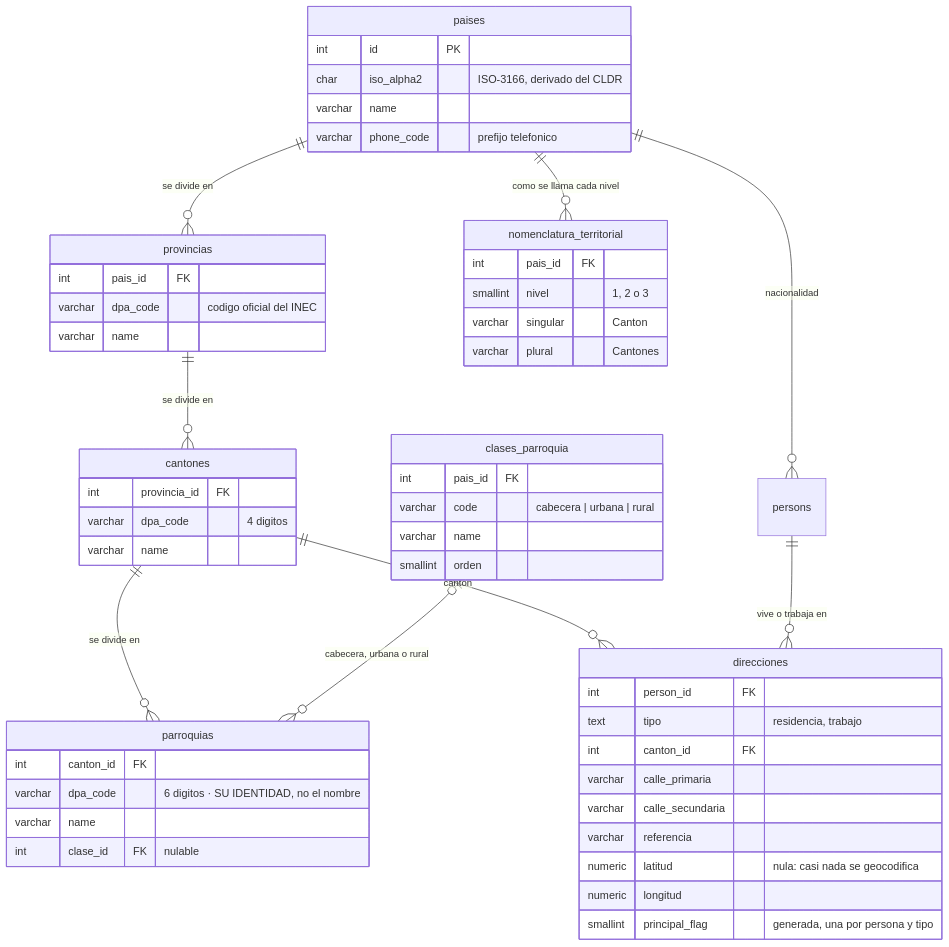
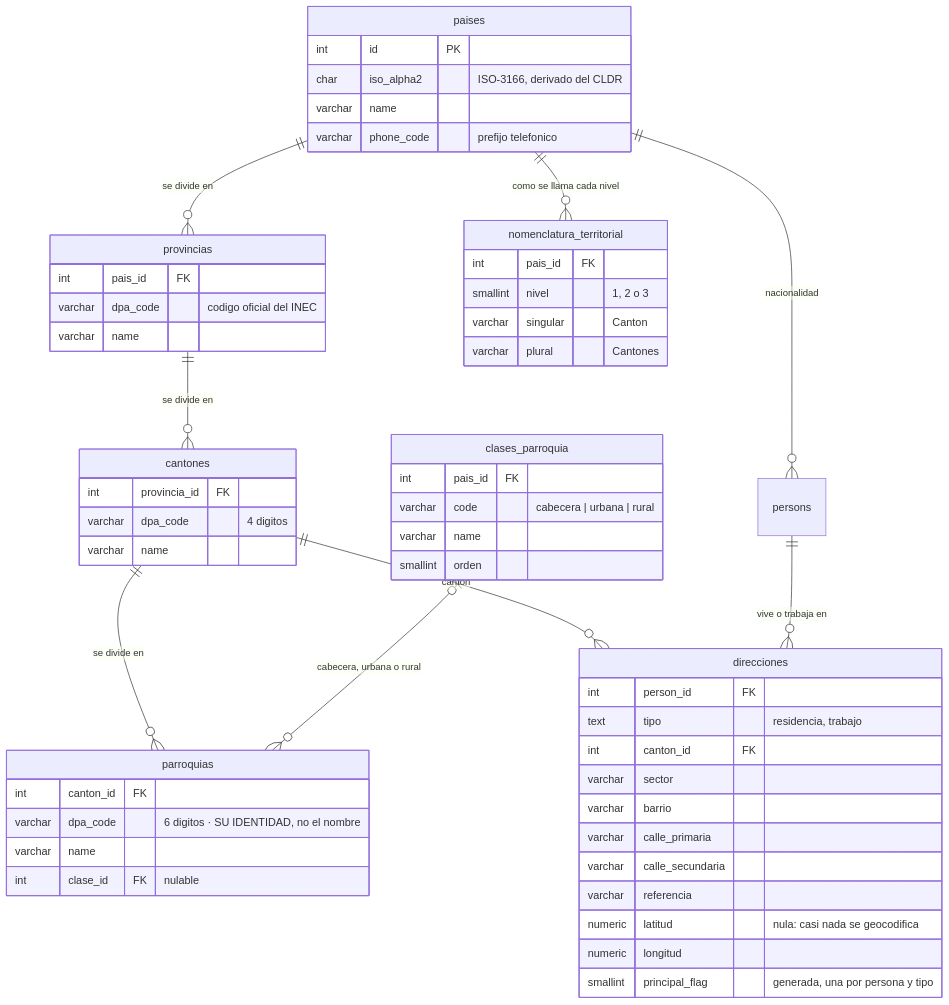
One commit to fresvel/deasy changed the third of 4 diagrams in docs/src/content/docs/modelo/organizacion.md. Above: the diagram before and after it, drawn with Mermaid. The commit also changed other lines of this file and 11 other files, not shown here.

````diff
--- a/docs/src/content/docs/modelo/organizacion.md
+++ b/docs/src/content/docs/modelo/organizacion.md
@@ -484,57 +484,59 @@
 ```mermaid
 erDiagram
   paises ||--o{ provincias : "se divide en"
   provincias ||--o{ cantones : "se divide en"
   cantones ||--o{ parroquias : "se divide en"
   clases_parroquia |o--o{ parroquias : "cabecera, urbana o rural"
   paises ||--o{ nomenclatura_territorial : "como se llama cada nivel"
   cantones ||--o{ direcciones : "canton"
   persons ||--o{ direcciones : "vive o trabaja en"
   paises ||--o{ persons : "nacionalidad"
 
   direcciones {
     int person_id FK
     text tipo "residencia, trabajo"
     int canton_id FK
+    varchar sector
+    varchar barrio
     varchar calle_primaria
     varchar calle_secundaria
     varchar referencia
     numeric latitud "nula: casi nada se geocodifica"
     numeric longitud
     smallint principal_flag "generada, una por persona y tipo"
   }
   paises {
     int id PK
     char iso_alpha2 "ISO-3166, derivado del CLDR"
     varchar name
     varchar phone_code "prefijo telefonico"
   }
   provincias {
     int pais_id FK
     varchar dpa_code "codigo oficial del INEC"
     varchar name
   }
   cantones {
     int provincia_id FK
     varchar dpa_code "4 digitos"
     varchar name
   }
   parroquias {
     int canton_id FK
     varchar dpa_code "6 digitos · SU IDENTIDAD, no el nombre"
     varchar name
     int clase_id FK "nulable"
   }
   clases_parroquia {
     int pais_id FK
     varchar code "cabecera | urbana | rural"
     varchar name
     smallint orden
   }
   nomenclatura_territorial {
     int pais_id FK
     smallint nivel "1, 2 o 3"
     varchar singular "Canton"
     varchar plural "Cantones"
   }
 ```
````
